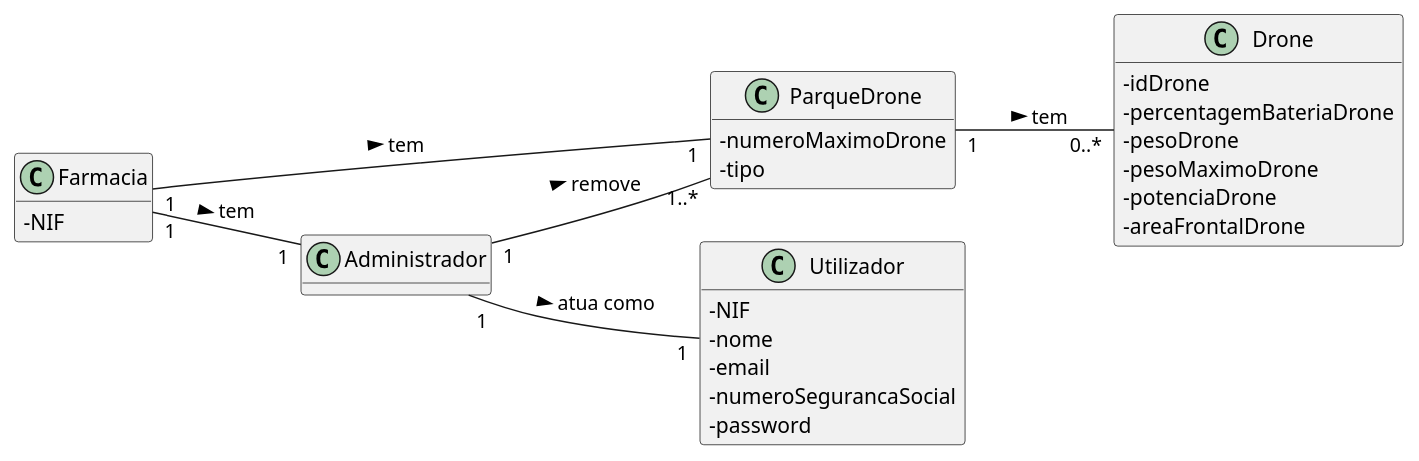
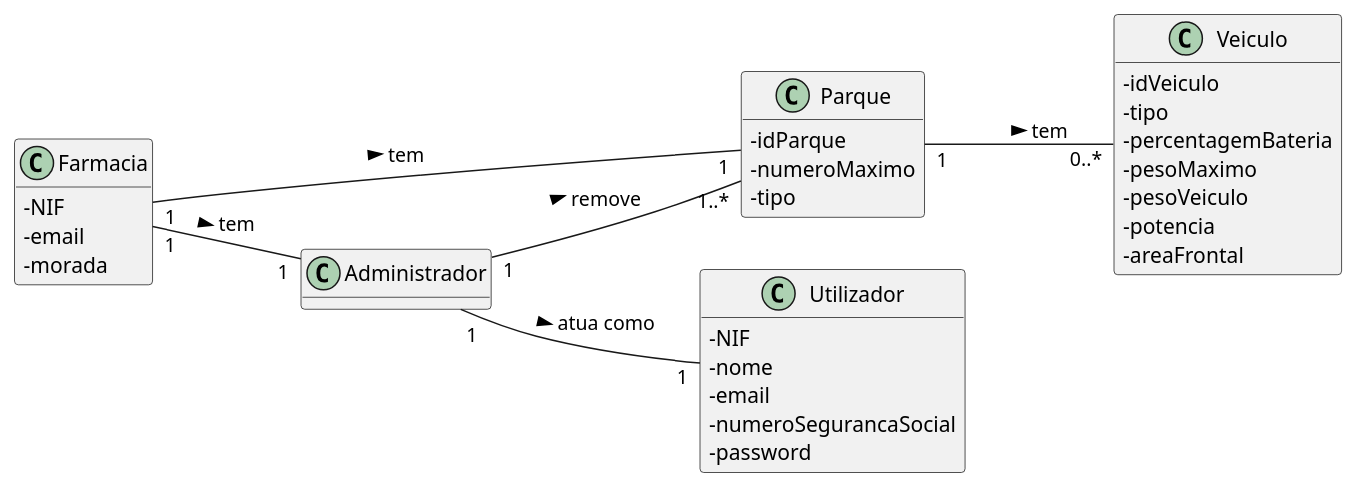
Before and after one commit to pedrolemos4/LAPR3: the diagram in docs/UC174/AtualizarDroneMD.puml, drawn with PlantUML. The commit also changed 7 other files, not shown here.

```diff
--- a/docs/UC174/AtualizarDroneMD.puml
+++ b/docs/UC174/AtualizarDroneMD.puml
@@ -1,38 +1,42 @@
 @startuml
 skinparam classAttributeIconSize 0
 hide methods
 left to right direction
 
-class ParqueDrone {
-  -numeroMaximoDrone
+class Parque {
+  -idParque
+  -numeroMaximo
   -tipo
 }
 
 class Farmacia {
   -NIF
+  -email
+  -morada
 }
 
 class Utilizador {
   -NIF
   -nome
   -email
   -numeroSegurancaSocial
   -password
 }
 
-class Drone {
-  -idDrone
-  -percentagemBateriaDrone
-  -pesoDrone
-  -pesoMaximoDrone
-  -potenciaDrone
-  -areaFrontalDrone
+class Veiculo {
+  -idVeiculo
+  -tipo
+  -percentagemBateria
+  -pesoMaximo
+  -pesoVeiculo
+  -potencia
+  -areaFrontal
 }
 
 Administrador "1" -- "1" Utilizador: atua como >
-Administrador "1" -- "1..*" ParqueDrone: remove >
-Farmacia "1" -- "1" ParqueDrone: tem >
+Administrador "1" -- "1..*" Parque: remove >
+Farmacia "1" -- "1" Parque: tem >
 Farmacia "1" -- "1" Administrador: tem >
-ParqueDrone "1" -- "0..*" Drone: tem > 
+Parque "1" -- "0..*" Veiculo: tem > 
 
 @enduml
```
